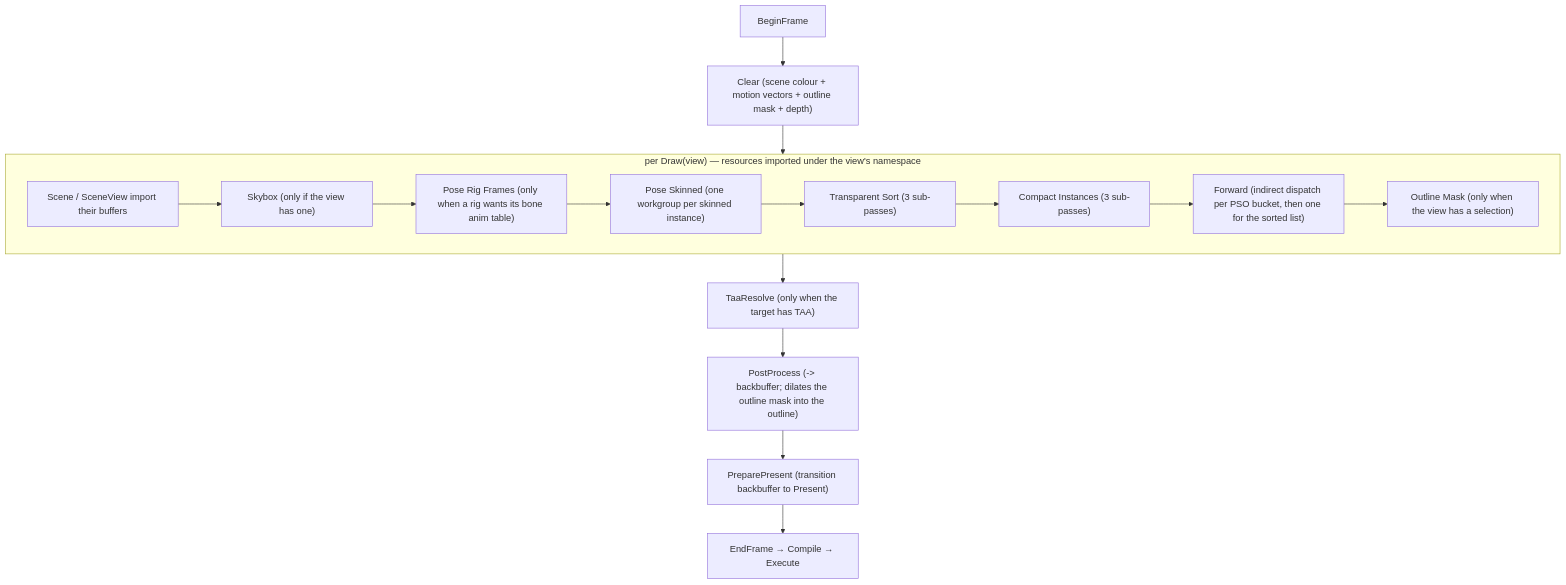
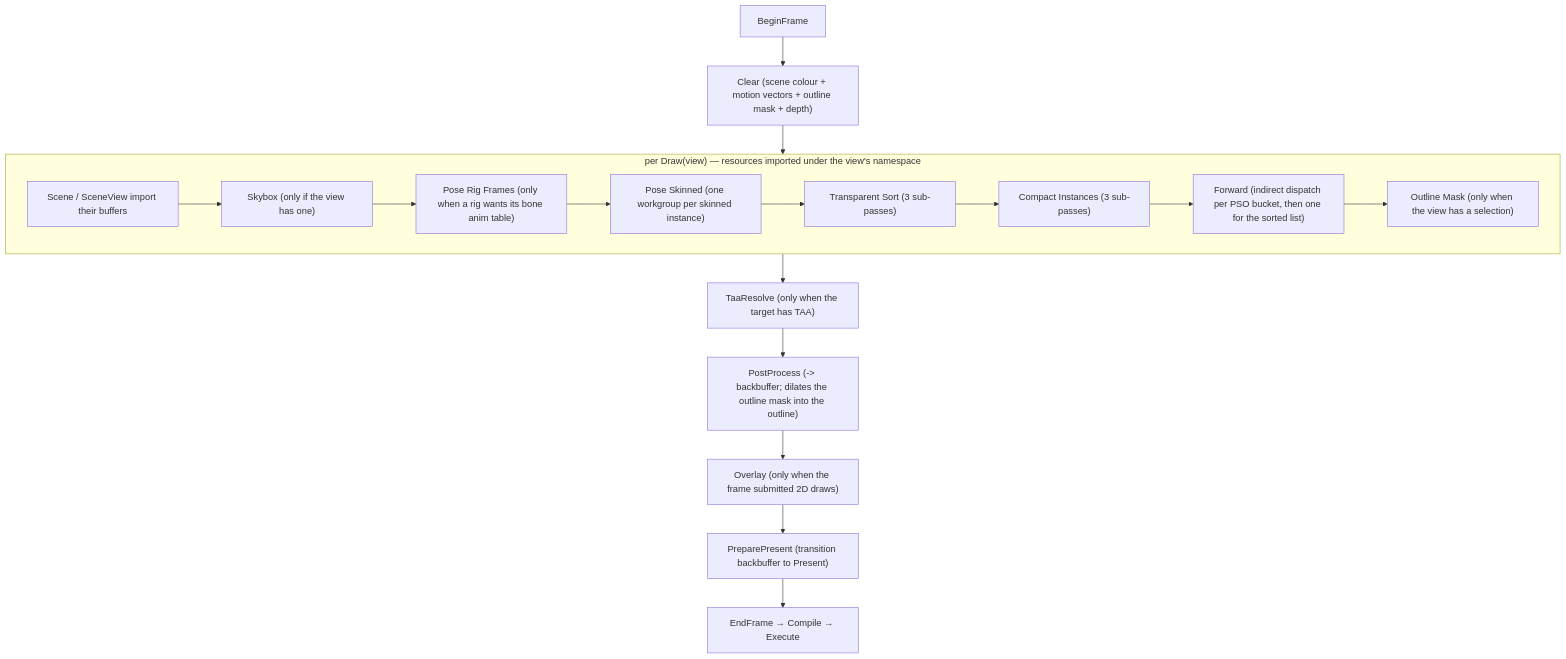
One commit to alexjiang200407/bernini changed the diagram in docs/passes.md. Above: the diagram before and after it, drawn with Mermaid. The commit also changed other lines of this file and 21 other files, not shown here.

````diff
--- a/docs/passes.md
+++ b/docs/passes.md
@@ -24,18 +25,19 @@
 ```mermaid
 flowchart TD
     BF["BeginFrame"] --> CLR["Clear (scene colour + motion vectors + outline mask + depth)"]
     CLR --> D["per Draw(view)"]
     subgraph D["per Draw(view) — resources imported under the view's namespace"]
         IMP["Scene / SceneView import their buffers"] --> SKY["Skybox (only if the view has one)"]
         SKY --> RIG["Pose Rig Frames (only when a rig wants its bone anim table)"]
         RIG --> POSE["Pose Skinned (one workgroup per skinned instance)"]
         POSE --> TS["Transparent Sort (3 sub-passes)"]
         TS --> CI["Compact Instances (3 sub-passes)"]
         CI --> FWD["Forward (indirect dispatch per PSO bucket, then one for the sorted list)"]
         FWD --> SM["Outline Mask (only when the view has a selection)"]
     end
     D --> TAA["TaaResolve (only when the target has TAA)"]
     TAA --> PPX["PostProcess (-> backbuffer; dilates the outline mask into the outline)"]
-    PPX --> PP["PreparePresent (transition backbuffer to Present)"]
+    PPX --> OVL["Overlay (only when the frame submitted 2D draws)"]
+    OVL --> PP["PreparePresent (transition backbuffer to Present)"]
     PP --> EF["EndFrame → Compile → Execute"]
 ```
````
